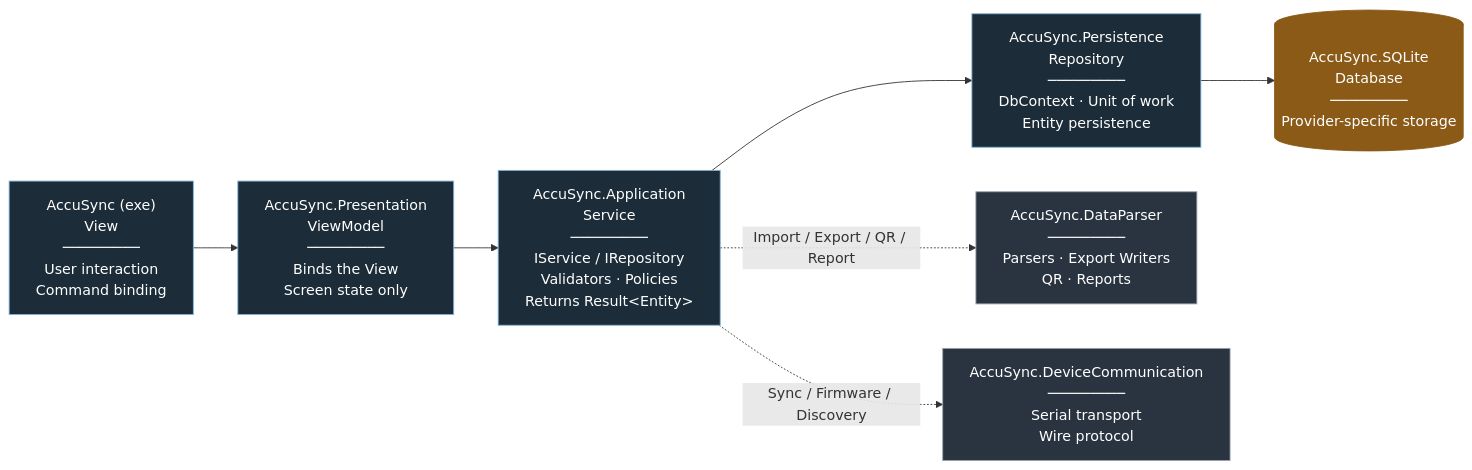
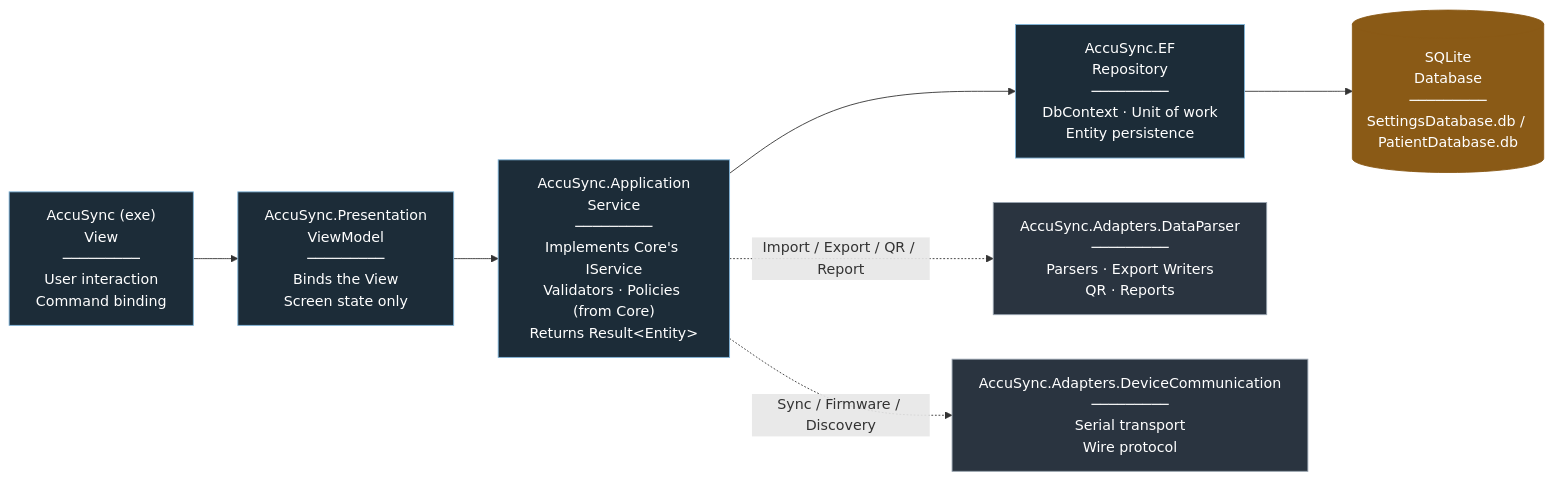
Before and after one commit to paramasivam-soliton/Accusync-Software-Soliton: the second of 2 diagrams in AccuSync Architecture.md, drawn with Mermaid. The commit also changed other lines of this file, not shown here.

Commit message:
chore: Update Architecture - Introduce .Core

````diff
--- a/AccuSync Architecture.md
+++ b/AccuSync Architecture.md
@@ -97,24 +97,24 @@
 ```mermaid
 flowchart LR
     View["AccuSync (exe)<br/>View<br/>─────────<br/>User interaction<br/>Command binding"] --> VM
 
     VM["AccuSync.Presentation<br/>ViewModel<br/>─────────<br/>Binds the View<br/>Screen state only"] --> Svc
 
-    Svc["AccuSync.Application<br/>Service<br/>─────────<br/>IService / IRepository<br/>Validators · Policies<br/>Returns Result&lt;Entity&gt;"] --> Repo
+    Svc["AccuSync.Application<br/>Service<br/>─────────<br/>Implements Core's IService<br/>Validators · Policies (from Core)<br/>Returns Result&lt;Entity&gt;"] --> Repo
 
-    Repo["AccuSync.Persistence<br/>Repository<br/>─────────<br/>DbContext · Unit of work<br/>Entity persistence"] --> DB
+    Repo["AccuSync.EF<br/>Repository<br/>─────────<br/>DbContext · Unit of work<br/>Entity persistence"] --> DB
 
-    DB[("AccuSync.SQLite<br/>Database<br/>─────────<br/>Provider-specific storage")]
+    DB[("SQLite<br/>Database<br/>─────────<br/>SettingsDatabase.db / PatientDatabase.db")]
 
-    Svc -. Import / Export / QR / Report .-> Parser["AccuSync.DataParser<br/>─────────<br/>Parsers · Export Writers<br/>QR · Reports"]
+    Svc -. Import / Export / QR / Report .-> Parser["AccuSync.Adapters.DataParser<br/>─────────<br/>Parsers · Export Writers<br/>QR · Reports"]
 
-    Svc -. Sync / Firmware / Discovery .-> DevComm["AccuSync.DeviceCommunication<br/>─────────<br/>Serial transport<br/>Wire protocol"]
+    Svc -. Sync / Firmware / Discovery .-> DevComm["AccuSync.Adapters.DeviceCommunication<br/>─────────<br/>Serial transport<br/>Wire protocol"]
 
     classDef step fill:#1C2C38,color:#fff,stroke:#7FB4D9;
     classDef db fill:#8A5A16,color:#fff,stroke:#8A5A16;
     classDef infra fill:#2A3440,color:#fff,stroke:#98A3AF;
 
     class View,VM,Svc,Repo step;
     class DB db;
     class Parser,DevComm infra;
 ```
````
